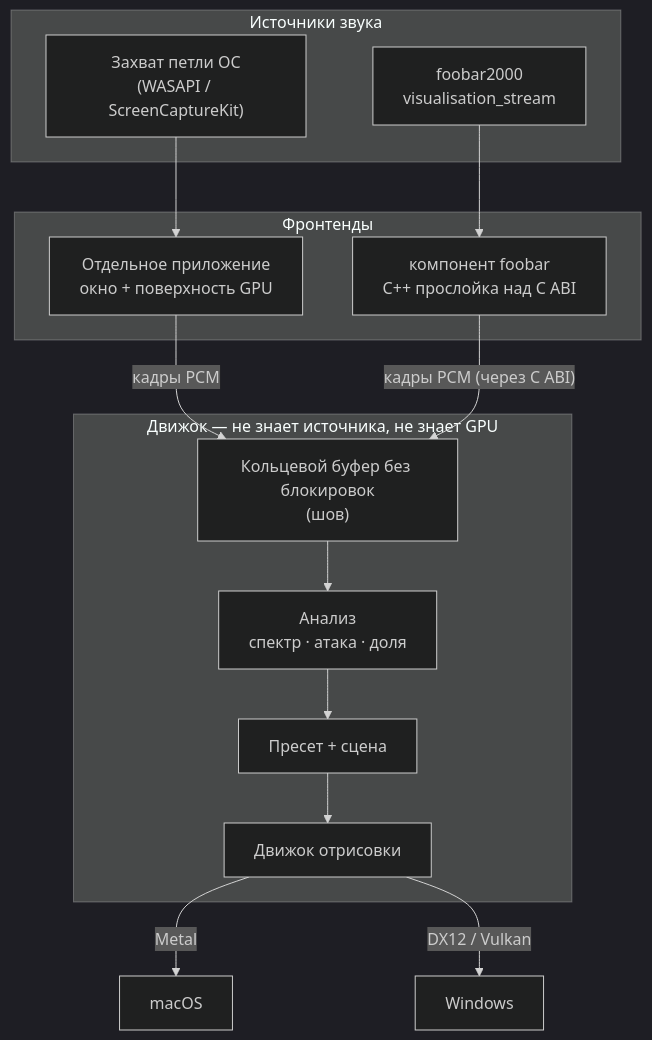
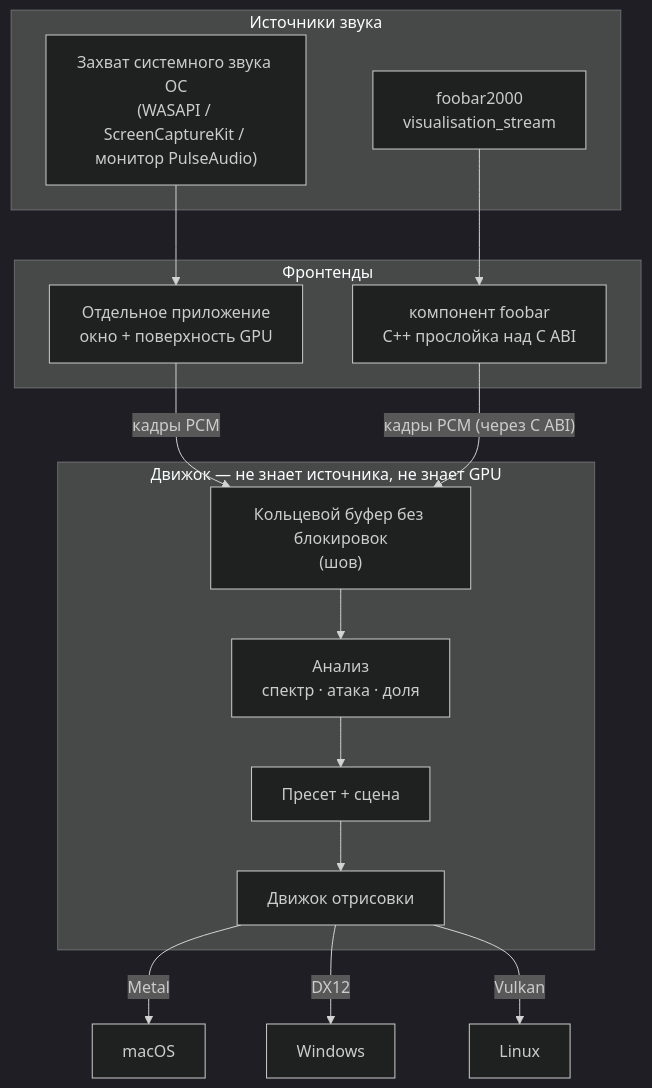
Before and after one commit to IgorKonovalov/Ritmolux: the first of 2 diagrams in docs/how-it-works.ru.md, drawn with Mermaid (dark theme). The commit also changed other lines of this file and 2 other files, not shown here.

````diff
--- a/docs/how-it-works.ru.md
+++ b/docs/how-it-works.ru.md
@@ -16,27 +16,28 @@
 ```mermaid
 flowchart TD
     subgraph external["Источники звука"]
-        loop["Захват петли ОС<br/>(WASAPI / ScreenCaptureKit)"]
+        loop["Захват системного звука ОС<br/>(WASAPI / ScreenCaptureKit / монитор PulseAudio)"]
         fb["foobar2000<br/>visualisation_stream"]
     end
 
     subgraph shells["Фронтенды"]
         standalone["Отдельное приложение<br/>окно + поверхность GPU"]
         plugin["компонент foobar<br/>C++ прослойка над C ABI"]
     end
 
     subgraph core["Движок — не знает источника, не знает GPU"]
         ring["Кольцевой буфер без блокировок<br/>(шов)"]
         dsp["Анализ<br/>спектр · атака · доля"]
         scene["Пресет + сцена"]
         render["Движок отрисовки"]
         ring --> dsp --> scene --> render
     end
 
     loop --> standalone
     fb --> plugin
     standalone -->|"кадры PCM"| ring
     plugin -->|"кадры PCM (через C ABI)"| ring
     render -->|Metal| macos["macOS"]
-    render -->|"DX12 / Vulkan"| windows["Windows"]
+    render -->|DX12| windows["Windows"]
+    render -->|Vulkan| linux["Linux"]
 ```
````
